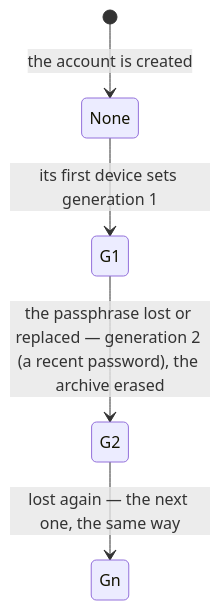
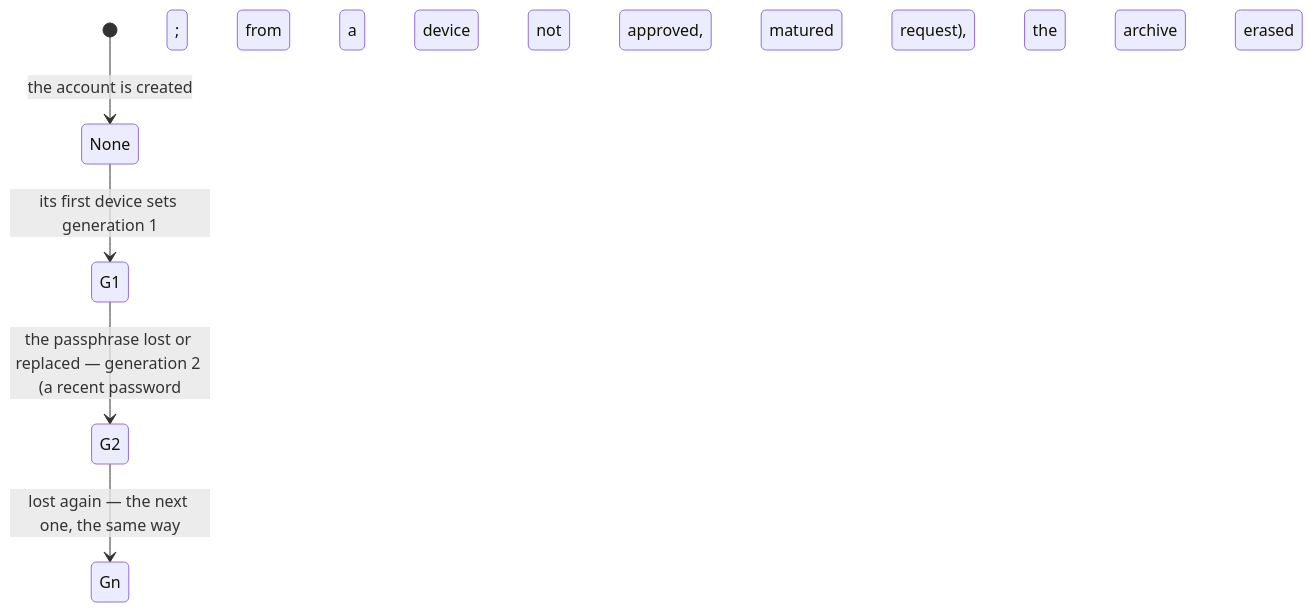
Before and after one commit to Pina-i/pinai: the third of 21 diagrams in identity-provider/specs/e2ee.md, drawn with Mermaid. The commit also changed other lines of this file and 81 other files, not shown here.

````diff
--- a/identity-provider/specs/e2ee.md
+++ b/identity-provider/specs/e2ee.md
@@ -408,7 +435,7 @@
 ```mermaid
 stateDiagram-v2
     [*] --> None: the account is created
     None --> G1: its first device sets generation 1
-    G1 --> G2: the passphrase lost or replaced — generation 2 (a recent password), the archive erased
+    G1 --> G2: the passphrase lost or replaced — generation 2 (a recent password; from a device not approved, a matured request), the archive erased
     G2 --> Gn: lost again — the next one, the same way
 ```
````
